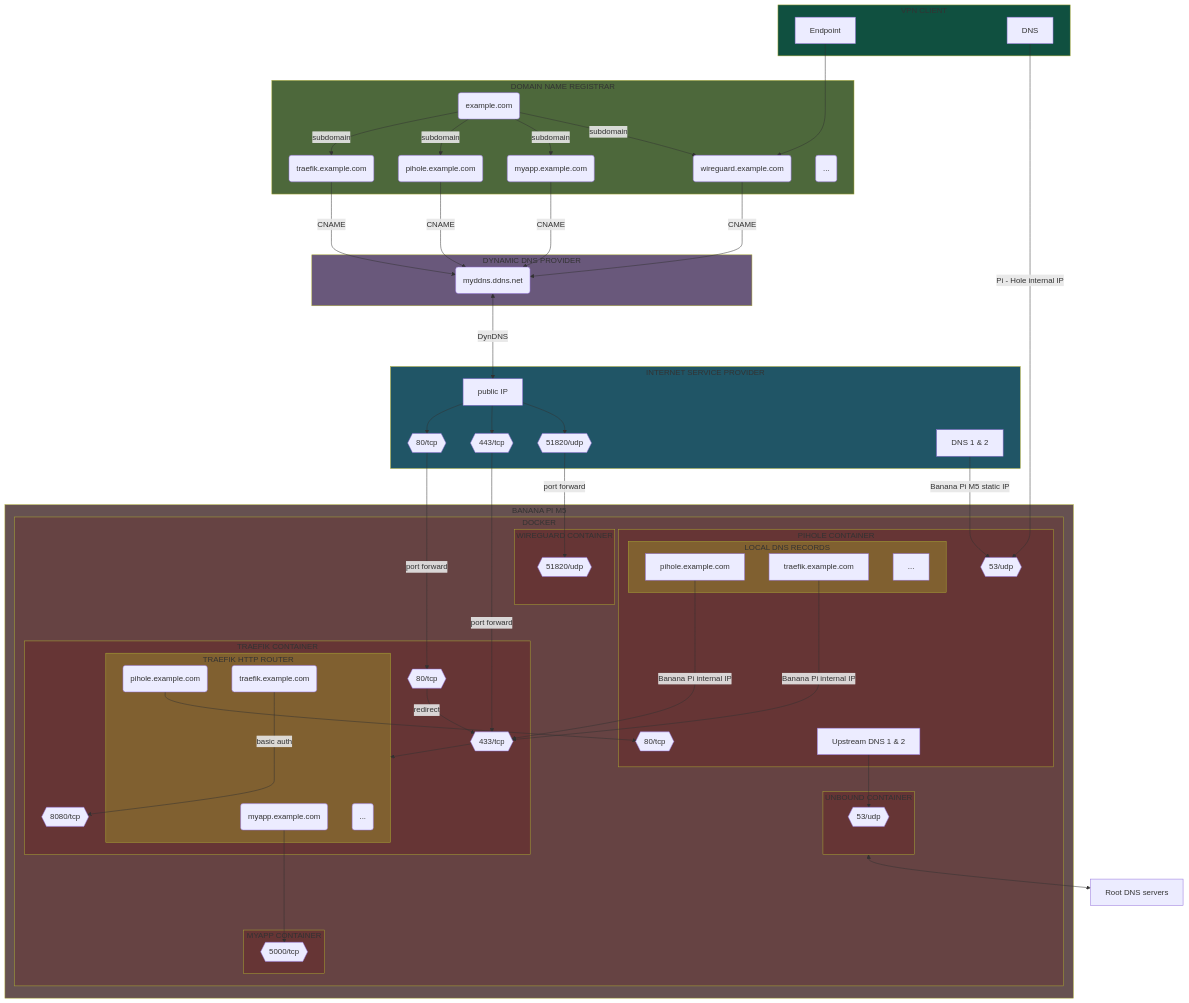
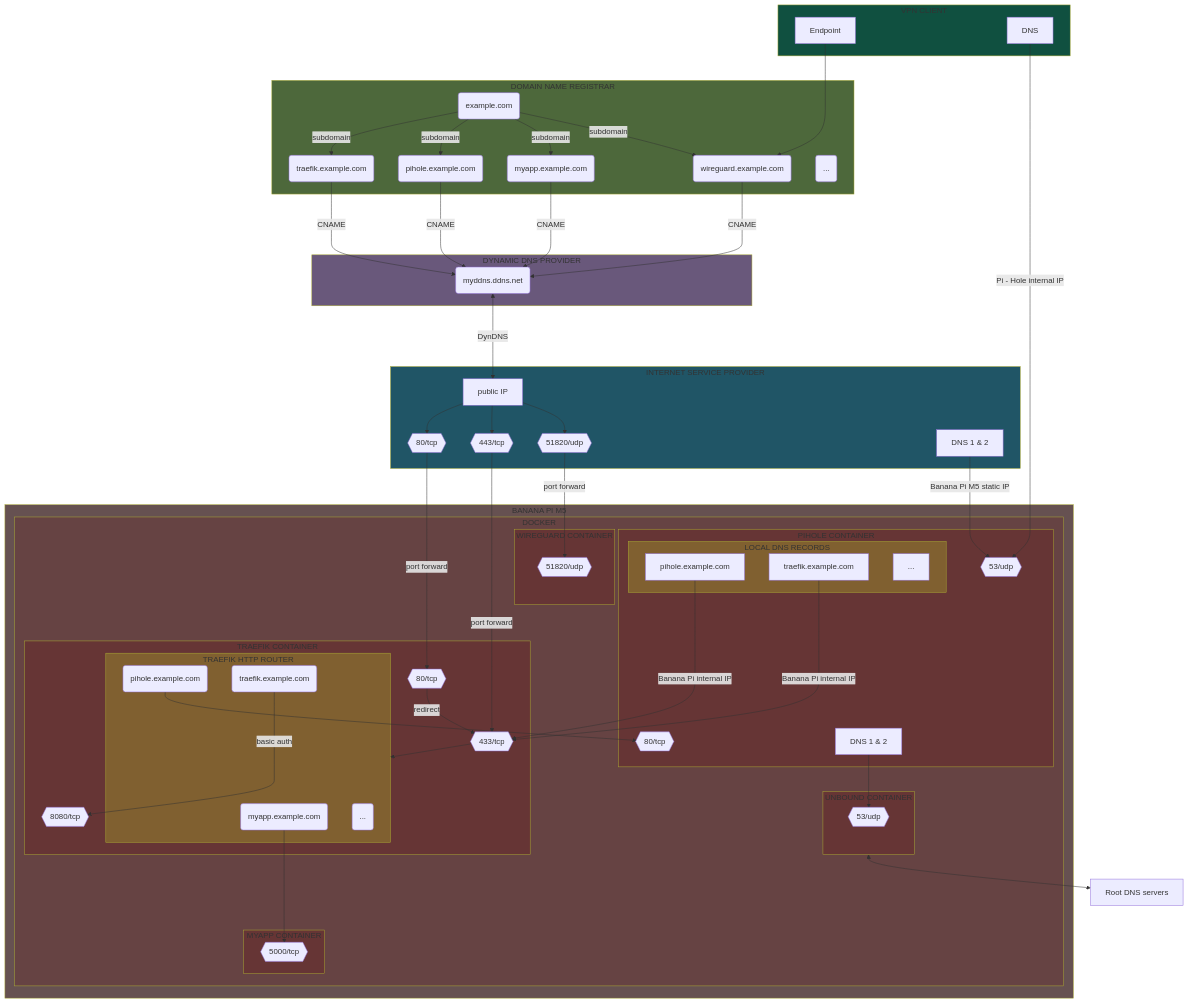
One commit to Yann39/self-hosted changed the first of 8 diagrams in README.md. Above: the diagram before and after it, drawn with Mermaid. The commit also changed other lines of this file and 3 other files, not shown here.

```diff
--- a/README.md
+++ b/README.md
@@ -180,7 +172,7 @@
     TRAEFIK_ROUTER_3DOTS(...)
     ROOT_DNS_SERVERS[Root DNS servers]
     DNS_ISP[DNS 1 & 2]
-    DOCKER_PIHOLE_DNS[Upstream DNS 1 & 2]
+    DOCKER_PIHOLE_DNS[DNS 1 & 2]
     PIHOLE_DNS_PIHOLE[pihole.example.com]
     PIHOLE_DNS_TRAEFIK[traefik.example.com]
     PIHOLE_DNS_3DOTS[...]
```
